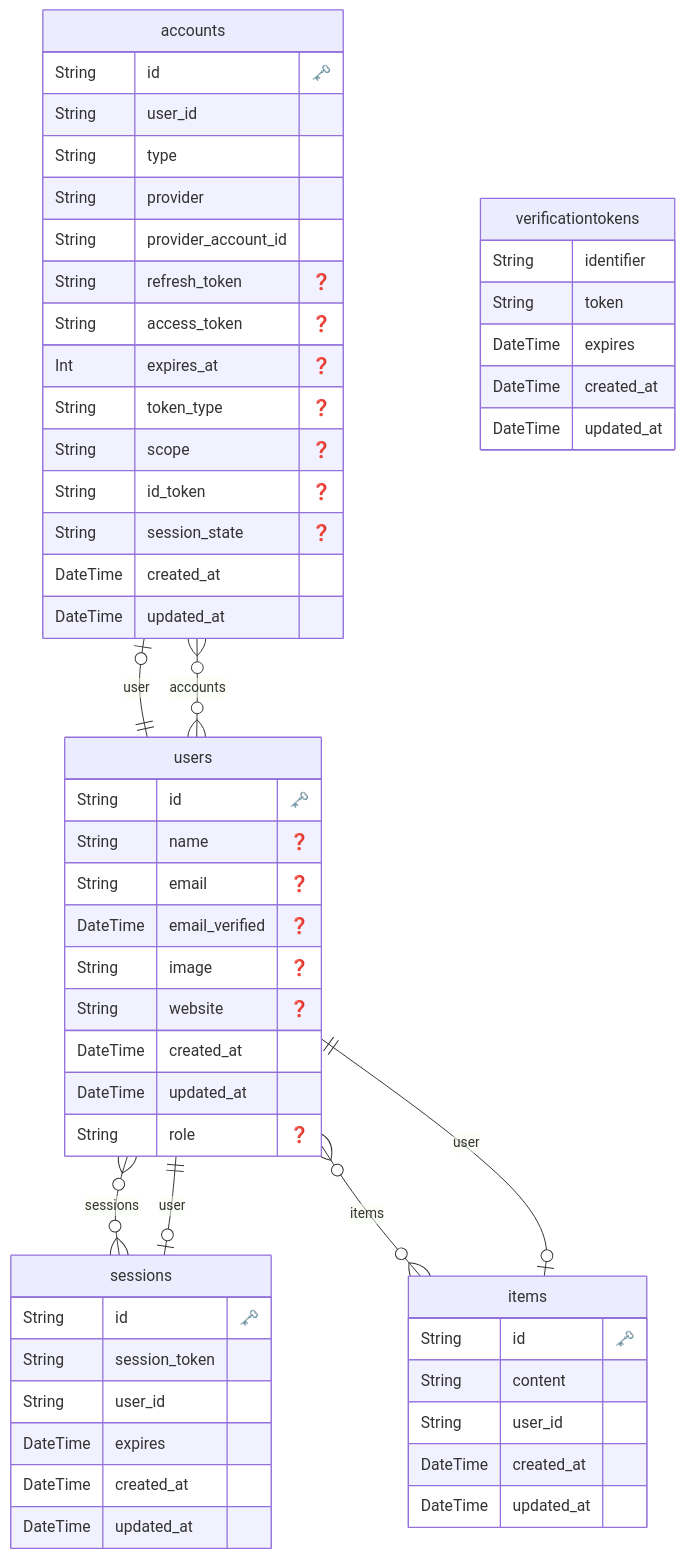
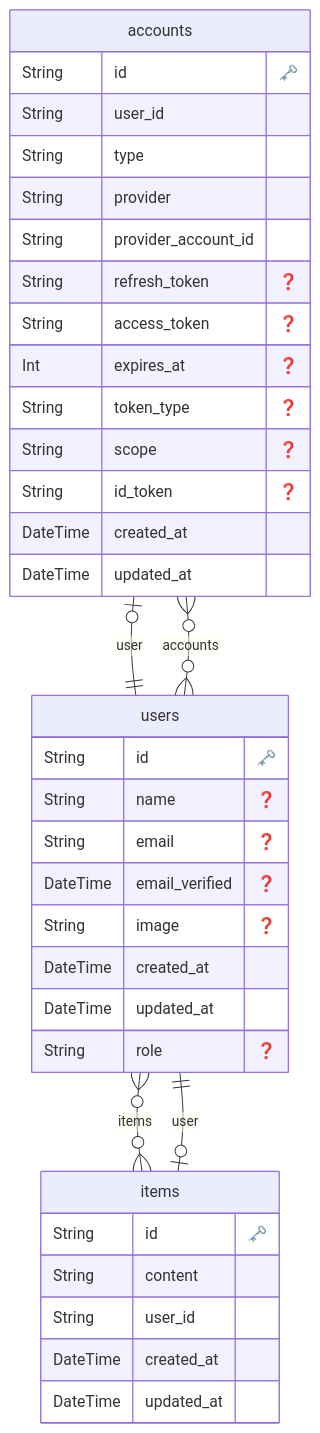
One commit to hiroppy/web-app-template changed the diagram in prisma/ERD.md. Above: the diagram before and after it, drawn with Mermaid. The commit also changed 9 other files, not shown here.

````diff
--- a/prisma/ERD.md
+++ b/prisma/ERD.md
@@ -1,68 +1,45 @@
 ```mermaid
 erDiagram
 
   "accounts" {
     String id "🗝️"
     String user_id
     String type
     String provider
     String provider_account_id
     String refresh_token "❓"
     String access_token "❓"
     Int expires_at "❓"
     String token_type "❓"
     String scope "❓"
     String id_token "❓"
-    String session_state "❓"
-    DateTime created_at
-    DateTime updated_at
-    }
-
-
-  "sessions" {
-    String id "🗝️"
-    String session_token
-    String user_id
-    DateTime expires
     DateTime created_at
     DateTime updated_at
     }
 
 
   "users" {
     String id "🗝️"
     String name "❓"
     String email "❓"
     DateTime email_verified "❓"
     String image "❓"
-    String website "❓"
     DateTime created_at
     DateTime updated_at
     String role "❓"
-    }
-
-
-  "verificationtokens" {
-    String identifier
-    String token
-    DateTime expires
-    DateTime created_at
-    DateTime updated_at
     }
 
 
   "items" {
     String id "🗝️"
     String content
     String user_id
     DateTime created_at
     DateTime updated_at
     }
 
     "accounts" o|--|| "users" : "user"
-    "sessions" o|--|| "users" : "user"
     "users" o{--}o "accounts" : "accounts"
-    "users" o{--}o "sessions" : "sessions"
     "users" o{--}o "items" : "items"
     "items" o|--|| "users" : "user"
 ```
````
